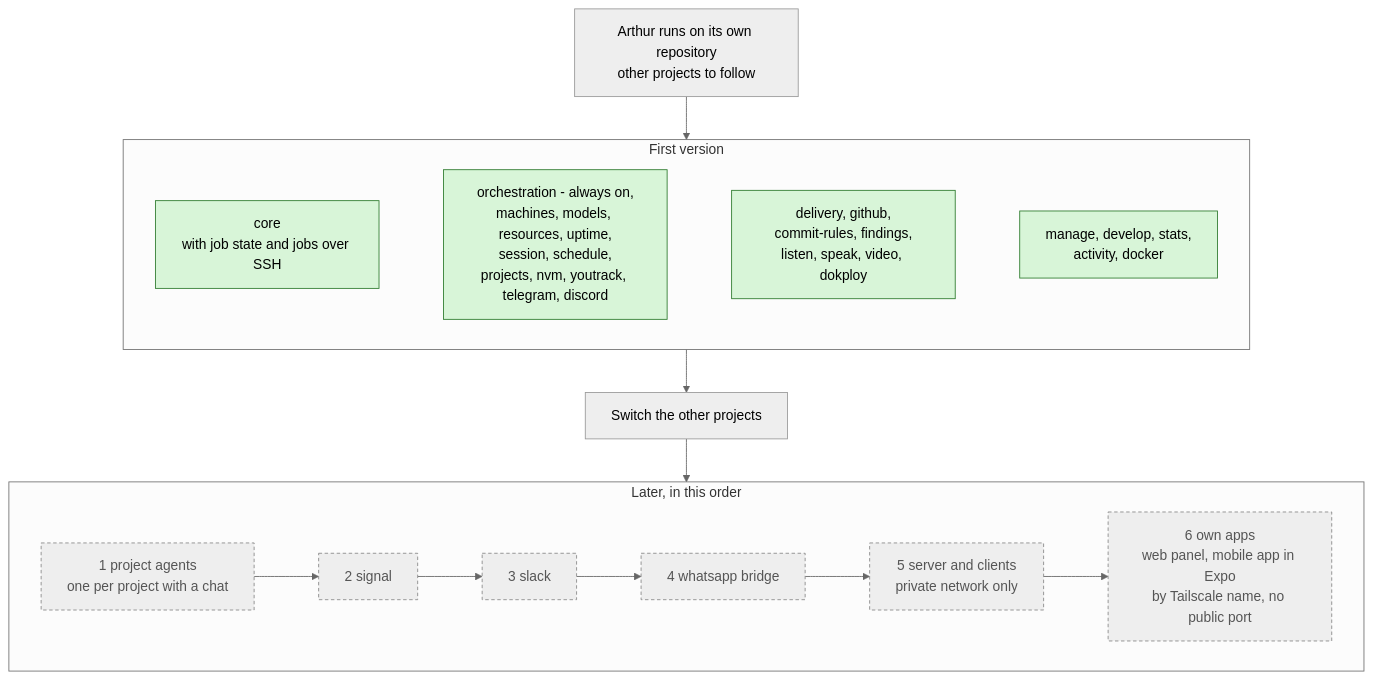
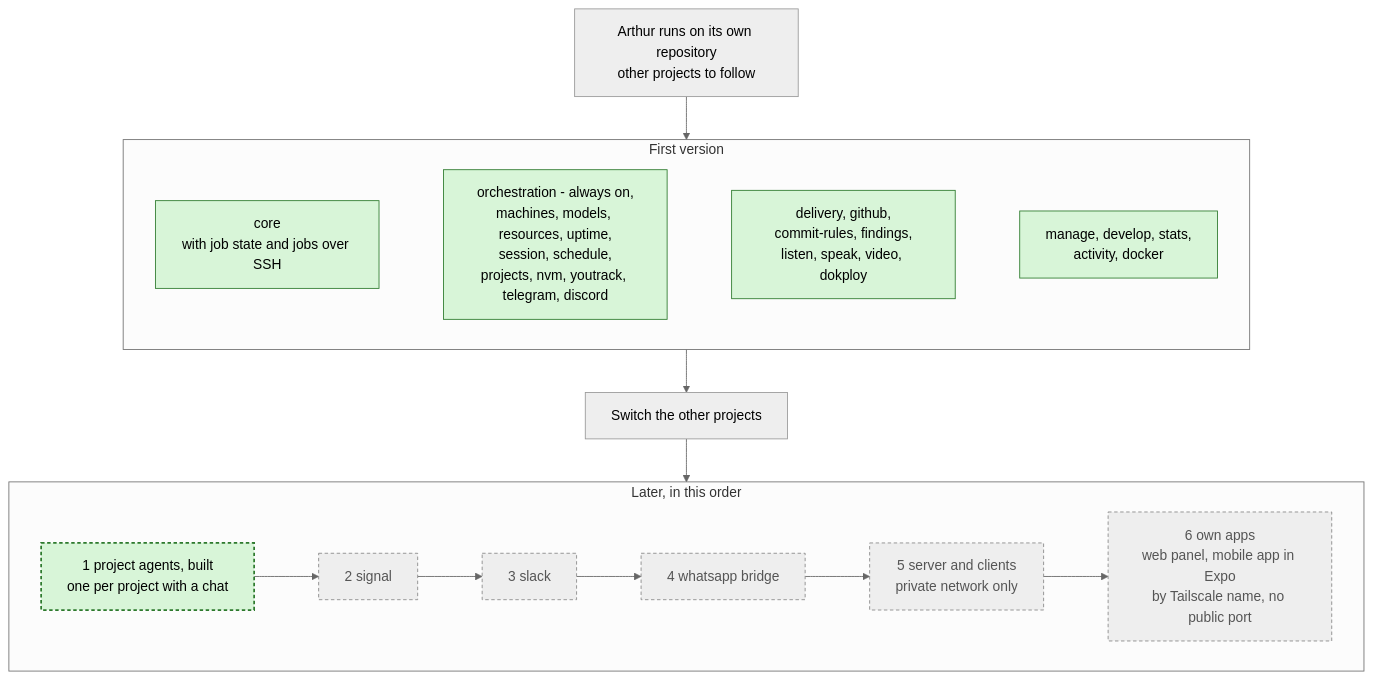
The diagram in docs/architecture/versions.mmd (kacperadler/arthur), drawn with Mermaid (neutral theme) before and after one commit. The commit also changed 2 other files, not shown here.

Commit message:
docs(AR0717): project agents are a later version, built (AR-D712)

```diff
--- a/docs/architecture/versions.mmd
+++ b/docs/architecture/versions.mmd
@@ -1,30 +1,32 @@
-%% From the switch (Arthur runs on its own repository since 2026-10-25) to the rest of Arthur's first version and after it. Green = first version, grey dashed = later.
+%% From the switch (Arthur runs on its own repository since 2026-10-25) to the rest of Arthur's first version and after it. Green = first version, grey dashed = later, green dashed = later and built.
 flowchart TD
   today[Arthur runs on its own repository<br/>other projects to follow]
 
   subgraph V1[First version]
     core[core<br/>with job state and jobs over SSH]
     p1[orchestration - always on,<br/>machines, models, resources, uptime,<br/>session, schedule,<br/>projects, nvm, youtrack, telegram, discord]
     p2[delivery, github,<br/>commit-rules, findings,<br/>listen, speak, video, dokploy]
     p3[manage, develop, stats,<br/>activity, docker]
     core ~~~ p1 ~~~ p2 ~~~ p3
   end
 
   switch2[Switch the other projects]
 
   subgraph V2[Later, in this order]
-    agents[1 project agents<br/>one per project with a chat]
+    agents[1 project agents, built<br/>one per project with a chat]
     signal[2 signal]
     slack[3 slack]
     whatsapp[4 whatsapp bridge]
     server[5 server and clients<br/>private network only]
     apps[6 own apps<br/>web panel, mobile app in Expo<br/>by Tailscale name, no public port]
     agents --> signal --> slack --> whatsapp --> server --> apps
   end
 
   today --> V1 --> switch2 --> V2
 
   classDef first fill:#d8f5d8,stroke:#2d7a2d,color:#000;
   classDef later fill:#eee,stroke:#888,stroke-dasharray:4 3,color:#555;
+  classDef built fill:#d8f5d8,stroke:#2d7a2d,stroke-width:2px,stroke-dasharray:4 3,color:#000;
   class core,p1,p2,p3 first;
-  class agents,signal,slack,whatsapp,server,apps later;
+  class signal,slack,whatsapp,server,apps later;
+  class agents built;
```
